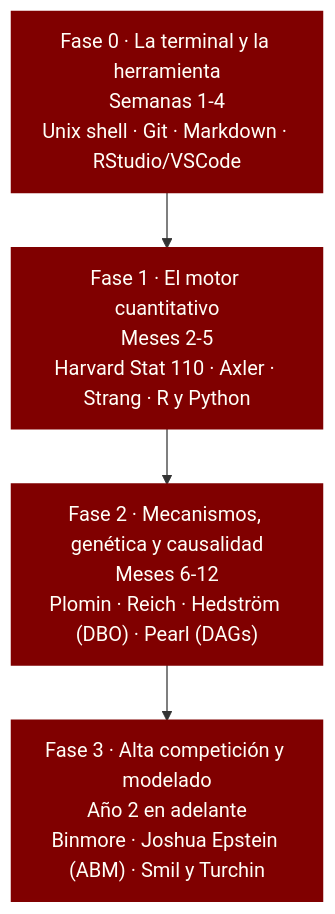
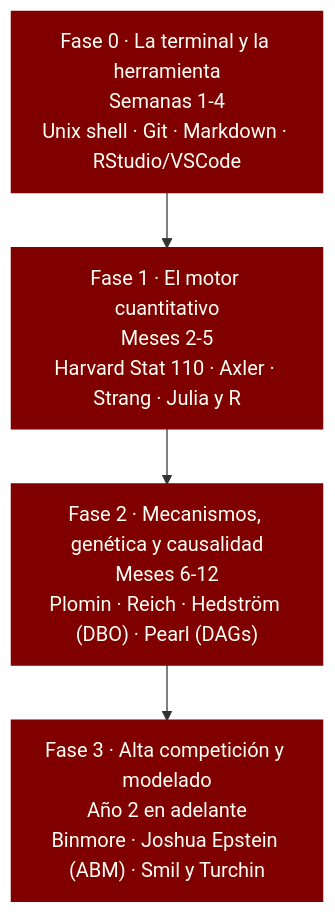
Before and after one commit to danielgccr/nuevasomosaguas: the diagram in guia_autodidacta.qmd, drawn with Mermaid. The commit also changed other lines of this file and 15 other files, not shown here.

````diff
--- a/guia_autodidacta.qmd
+++ b/guia_autodidacta.qmd
@@ -31,16 +31,16 @@
 ```{mermaid}
 %%| label: fig-fases
 %%| fig-cap: "Las cuatro fases de la ruta autodidacta."
 
 %%{init: {"flowchart": {"htmlLabels": false, "nodeSpacing": 30, "rankSpacing": 45, "padding": 12, "useMaxWidth": true}}}%%
 flowchart TD
     F0["Fase 0 · La terminal y la herramienta<br/>Semanas 1-4<br/>Unix shell · Git · Markdown · RStudio/VSCode"]
-    F1["Fase 1 · El motor cuantitativo<br/>Meses 2-5<br/>Harvard Stat 110 · Axler · Strang · R y Python"]
+    F1["Fase 1 · El motor cuantitativo<br/>Meses 2-5<br/>Harvard Stat 110 · Axler · Strang · Julia y R"]
     F2["Fase 2 · Mecanismos, genética y causalidad<br/>Meses 6-12<br/>Plomin · Reich · Hedström (DBO) · Pearl (DAGs)"]
     F3["Fase 3 · Alta competición y modelado<br/>Año 2 en adelante<br/>Binmore · Joshua Epstein (ABM) · Smil y Turchin"]
 
     F0 --> F1 --> F2 --> F3
 
     classDef fase fill:#800000,stroke:#800000,stroke-width:2px,color:#fffff8
     class F0,F1,F2,F3 fase
 ```
````
